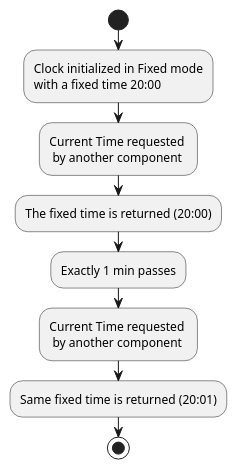
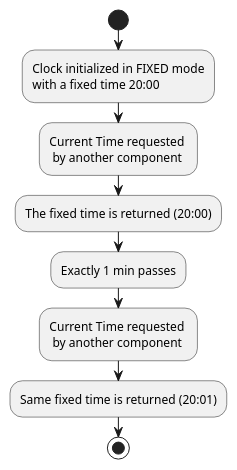
Before and after one commit to pr4aveen/tp: the diagram in docs/diagrams/ClockActivityDiagram2.puml, drawn with PlantUML. The commit also changed 13 other files, not shown here.

```diff
--- a/docs/diagrams/ClockActivityDiagram2.puml
+++ b/docs/diagrams/ClockActivityDiagram2.puml
@@ -1,16 +1,16 @@
 @startuml
 start
-:Clock initialized in Fixed mode\nwith a fixed time 20:00;
+:Clock initialized in FIXED mode\nwith a fixed time 20:00;
 
 :Current Time requested \n by another component;
 
 :The fixed time is returned (20:00);
 
 :Exactly 1 min passes;
 
 :Current Time requested \n by another component;
 
 :Same fixed time is returned (20:01);
 
 stop
 @enduml
```
